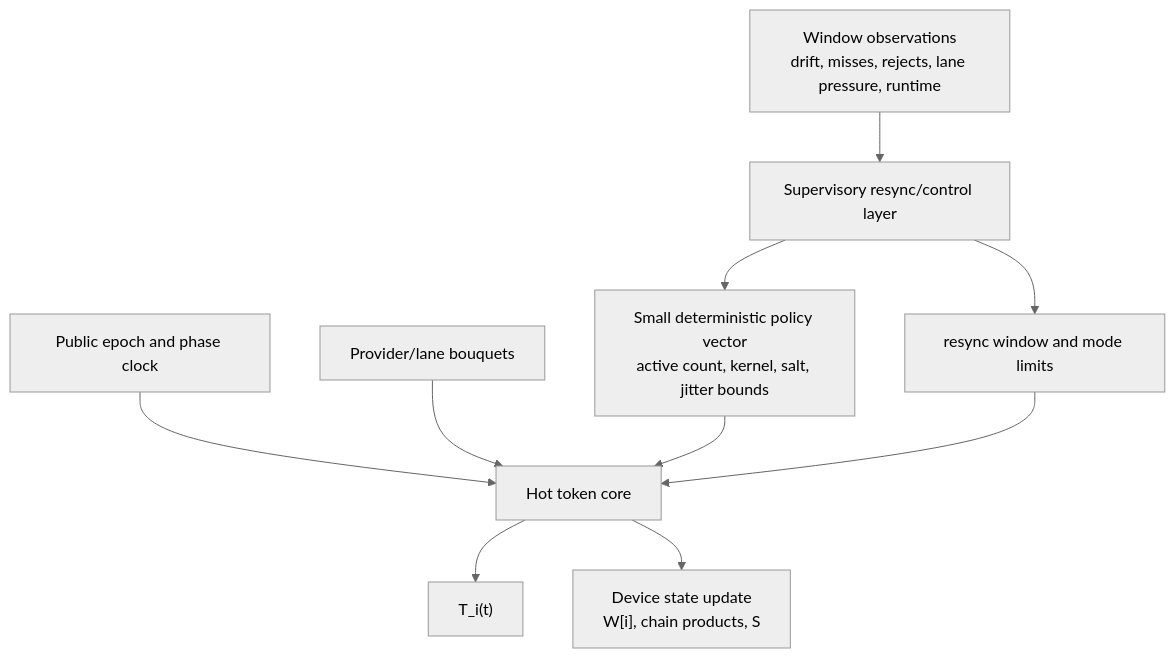
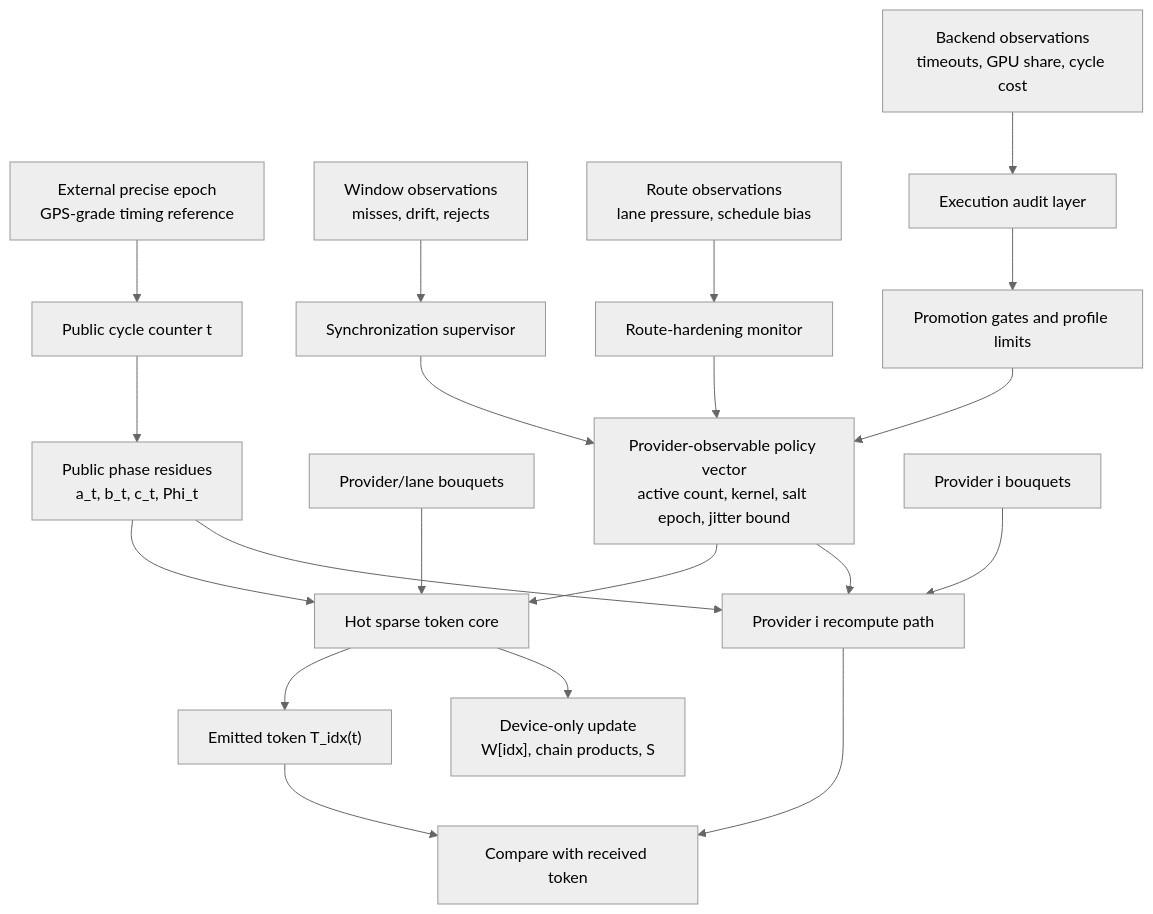
The seventh of 14 diagrams in papers/main-paper.md (cekkr/phaselane-algorithm), drawn with Mermaid before and after one commit. The commit also changed other lines of this file and 1 other file, not shown here.

````diff
--- a/papers/main-paper.md
+++ b/papers/main-paper.md
@@ -296,14 +305,26 @@
 ```mermaid
 %%{init: {"theme":"neutral","flowchart":{"curve":"basis"}} }%%
 flowchart TD
-  Clock["Public epoch and phase clock"] --> Hot["Hot token core"]
+  Epoch["External precise epoch<br/>GPS-grade timing reference"] --> Clock["Public cycle counter t"]
+  Clock --> Phase["Public phase residues<br/>a_t, b_t, c_t, Phi_t"]
+  Phase --> Hot["Hot sparse token core"]
   Bouquets["Provider/lane bouquets"] --> Hot
-  Policy["Small deterministic policy vector<br/>active count, kernel, salt, jitter bounds"] --> Hot
-  Hot --> Token["T_i(t)"]
-  Hot --> State["Device state update<br/>W[i], chain products, S"]
+  Policy["Provider-observable policy vector<br/>active count, kernel, salt epoch, jitter bound"] --> Hot
+  Hot --> Token["Emitted token T_idx(t)"]
+  Hot --> State["Device-only update<br/>W[idx], chain products, S"]
 
-  Obs["Window observations<br/>drift, misses, rejects, lane pressure, runtime"] --> Sup["Supervisory resync/control layer"]
-  Sup --> Policy
-  Sup --> Window["resync window and mode limits"]
-  Window --> Hot
+  Provider["Provider i recompute path"] --> Compare["Compare with received token"]
+  Phase --> Provider
+  BouquetsI["Provider i bouquets"] --> Provider
+  Policy --> Provider
+  Token --> Compare
+
+  ObsSync["Window observations<br/>misses, drift, rejects"] --> Sync["Synchronization supervisor"]
+  ObsRoute["Route observations<br/>lane pressure, schedule bias"] --> Route["Route-hardening monitor"]
+  ObsExec["Backend observations<br/>timeouts, GPU share, cycle cost"] --> Audit["Execution audit layer"]
+
+  Sync --> Policy
+  Route --> Policy
+  Audit --> Limits["Promotion gates and profile limits"]
+  Limits --> Policy
 ```
````
